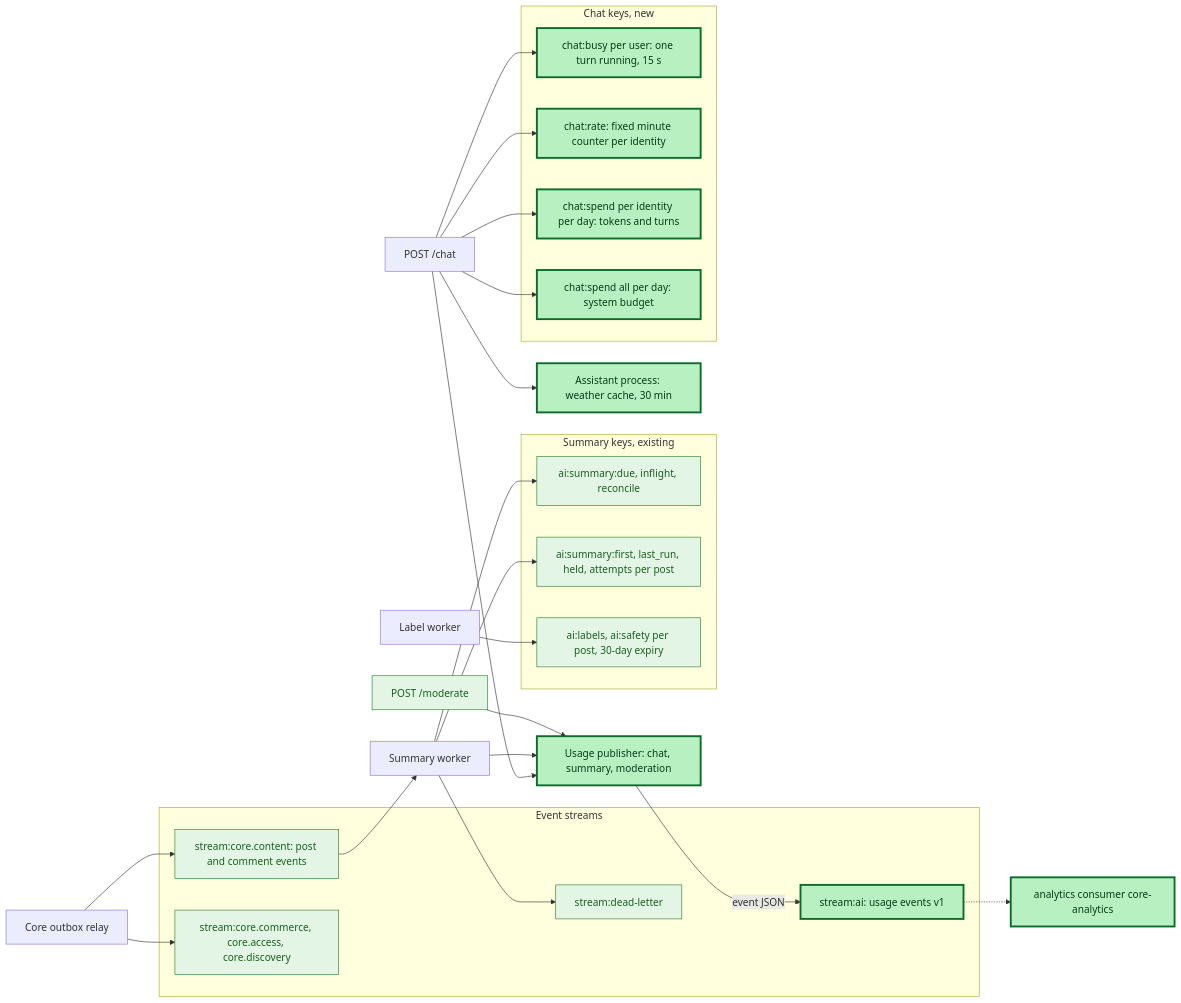
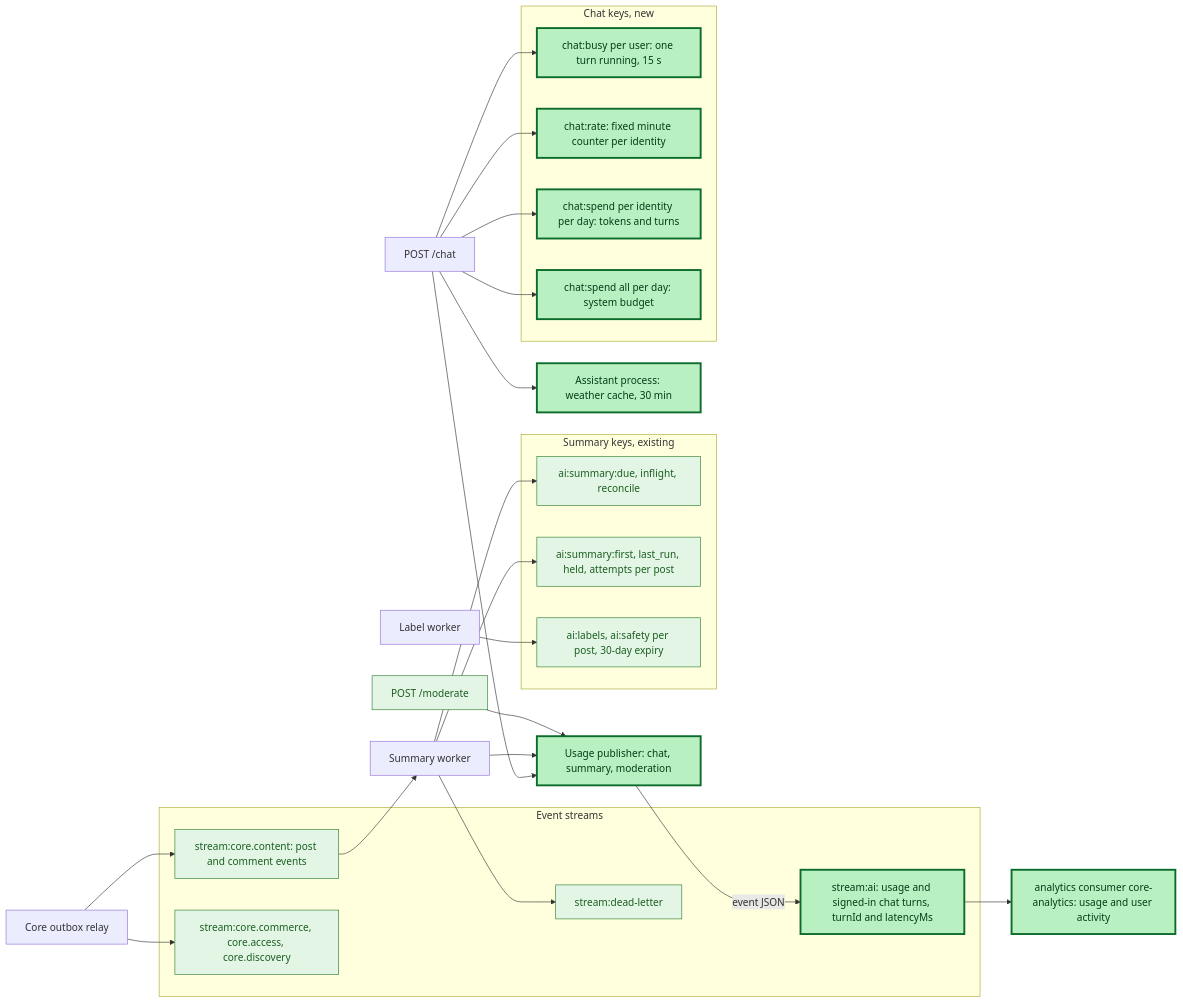
The fourth of 5 diagrams in docs/architecture/tripi-agent-kien-truc-chi-tiet.md (Sukemcute/tripflix-ai), drawn with Mermaid before and after one commit. The commit also changed other lines of this file and 4 other files, not shown here.

````diff
--- a/docs/architecture/tripi-agent-kien-truc-chi-tiet.md
+++ b/docs/architecture/tripi-agent-kien-truc-chi-tiet.md
@@ -347,48 +358,48 @@
 ```mermaid
 flowchart LR
 classDef built fill:#b9f0c2,stroke:#0b6b2b,color:#053d17,stroke-width:3px
 classDef partbuilt fill:#e4f7d2,stroke:#0b6b2b,color:#053d17,stroke-width:2px,stroke-dasharray:4 2
 classDef exists fill:#e3f6e5,stroke:#2e7d32,color:#1b5e20
 classDef missing fill:#fde2e1,stroke:#c62828,color:#8e0000,stroke-width:2px
 
 subgraph STR["Event streams"]
   ST_CON["stream:core.content: post and comment events"]:::exists
   ST_OTH["stream:core.commerce, core.access, core.discovery"]:::exists
   ST_DLQ["stream:dead-letter"]:::exists
-  ST_USE["stream:ai: usage events v1"]:::built
+  ST_USE["stream:ai: usage and signed-in chat turns, turnId and latencyMs"]:::built
 end
 
 subgraph SUMK["Summary keys, existing"]
   K1["ai:summary:due, inflight, reconcile"]:::exists
   K2["ai:summary:first, last_run, held, attempts per post"]:::exists
   K3["ai:labels, ai:safety per post, 30-day expiry"]:::exists
 end
 
 subgraph CHK["Chat keys, new"]
   C1["chat:busy per user: one turn running, 15 s"]:::built
   C2["chat:rate: fixed minute counter per identity"]:::built
   C3["chat:spend per identity per day: tokens and turns"]:::built
   C4["chat:spend all per day: system budget"]:::built
   end
 
 C5["Assistant process: weather cache, 30 min"]:::built
 P_USE["Usage publisher: chat, summary, moderation"]:::built
 
 OUTBOX["Core outbox relay"] --> ST_CON
 OUTBOX --> ST_OTH
 ST_CON --> SW["Summary worker"]
 SW --> K1
 SW --> K2
 LW["Label worker"] --> K3
 SW --> ST_DLQ
 CHATS["POST /chat"] --> C1
 CHATS --> C2
 CHATS --> C3
 CHATS --> C4
 CHATS --> C5
 CHATS --> P_USE
 SW --> P_USE
 MODERATION["POST /moderate"]:::exists --> P_USE
 P_USE -->|"event JSON"| ST_USE
-ST_USE -.-> ANA["analytics consumer core-analytics"]:::built
+ST_USE --> ANA["analytics consumer core-analytics: usage and user activity"]:::built
 ```
````
